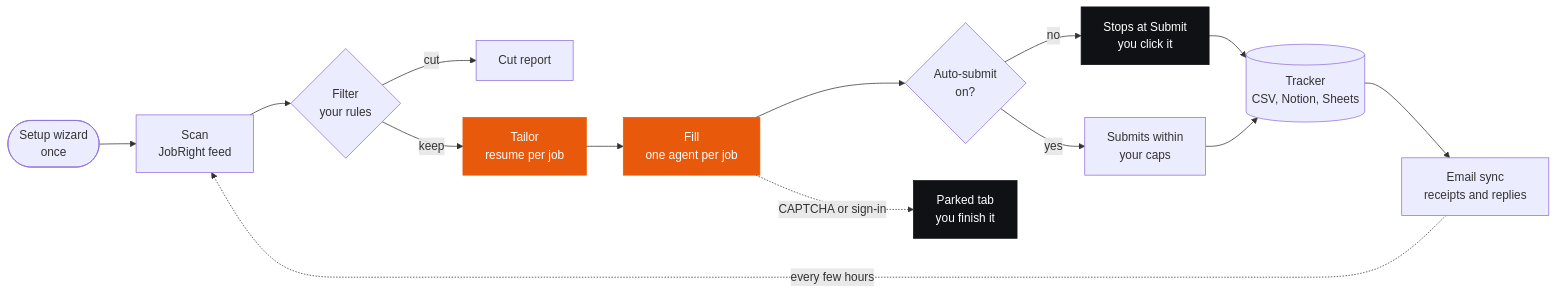
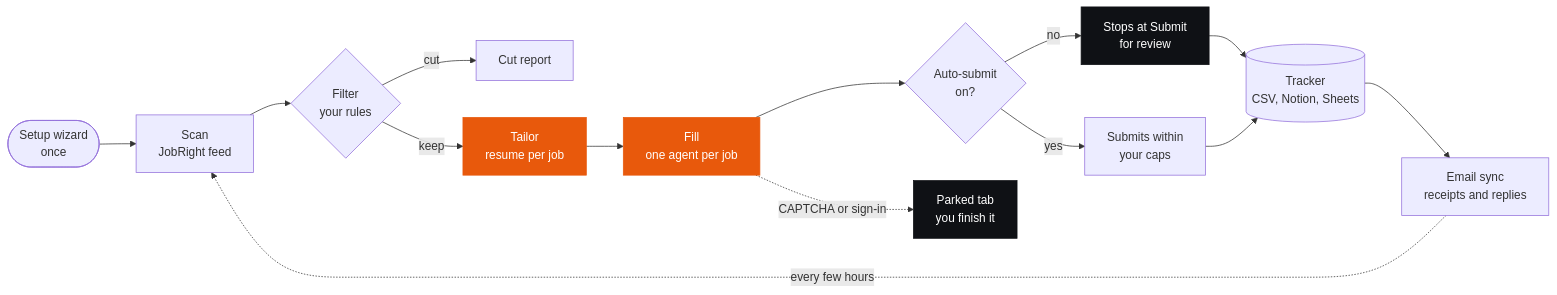
The diagram in README.md (azizu06/job-agent), drawn with Mermaid before and after one commit. The commit also changed other lines of this file and 22 other files, not shown here.

````diff
--- a/README.md
+++ b/README.md
@@ -31,21 +47,21 @@
 ```mermaid
 flowchart LR
     A([Setup wizard<br>once]) --> B[Scan<br>JobRight feed]
     B --> C{Filter<br>your rules}
     C -- cut --> X[Cut report]
     C -- keep --> D[Tailor<br>resume per job]
     D --> E[Fill<br>one agent per job]
     E --> F{Auto-submit<br>on?}
-    F -- no --> G[Stops at Submit<br>you click it]
+    F -- no --> G[Stops at Submit<br>for review]
     F -- yes --> H[Submits within<br>your caps]
     E -. CAPTCHA or sign-in .-> P[Parked tab<br>you finish it]
     G --> T[(Tracker<br>CSV, Notion, Sheets)]
     H --> T
     T --> S[Email sync<br>receipts and replies]
     S -. every few hours .-> B
 
     classDef accent fill:#E8590C,stroke:#E8590C,color:#fff
     classDef ink fill:#0F1115,stroke:#0F1115,color:#fff
     class E,D accent
     class G,P ink
 ```
````
